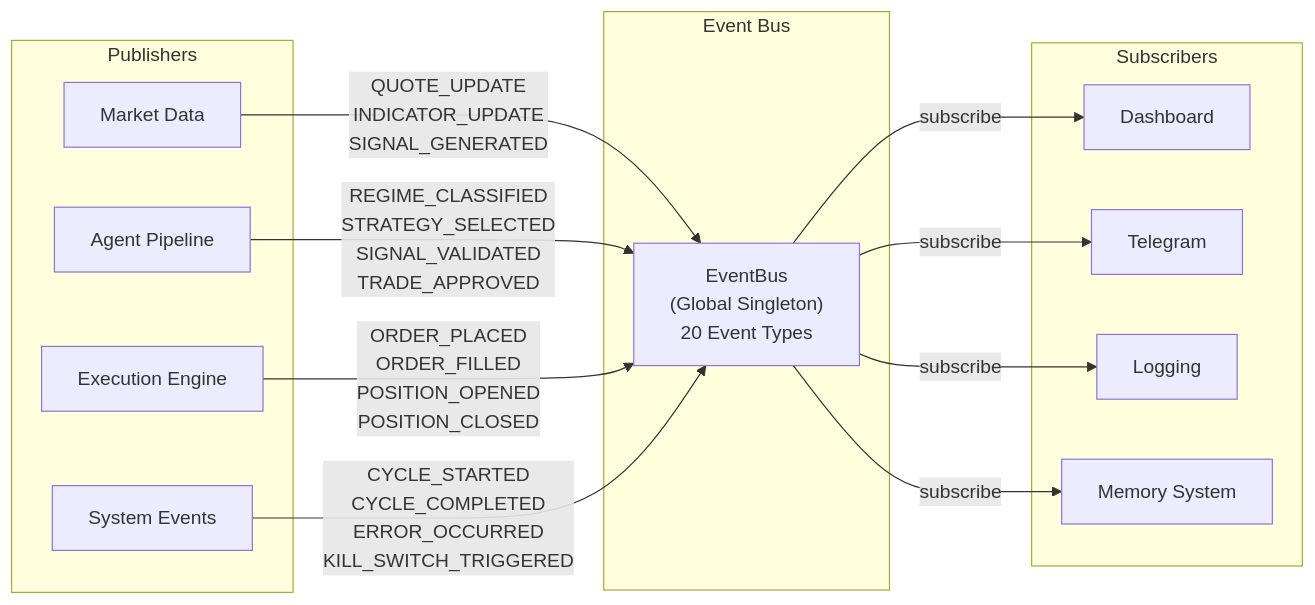
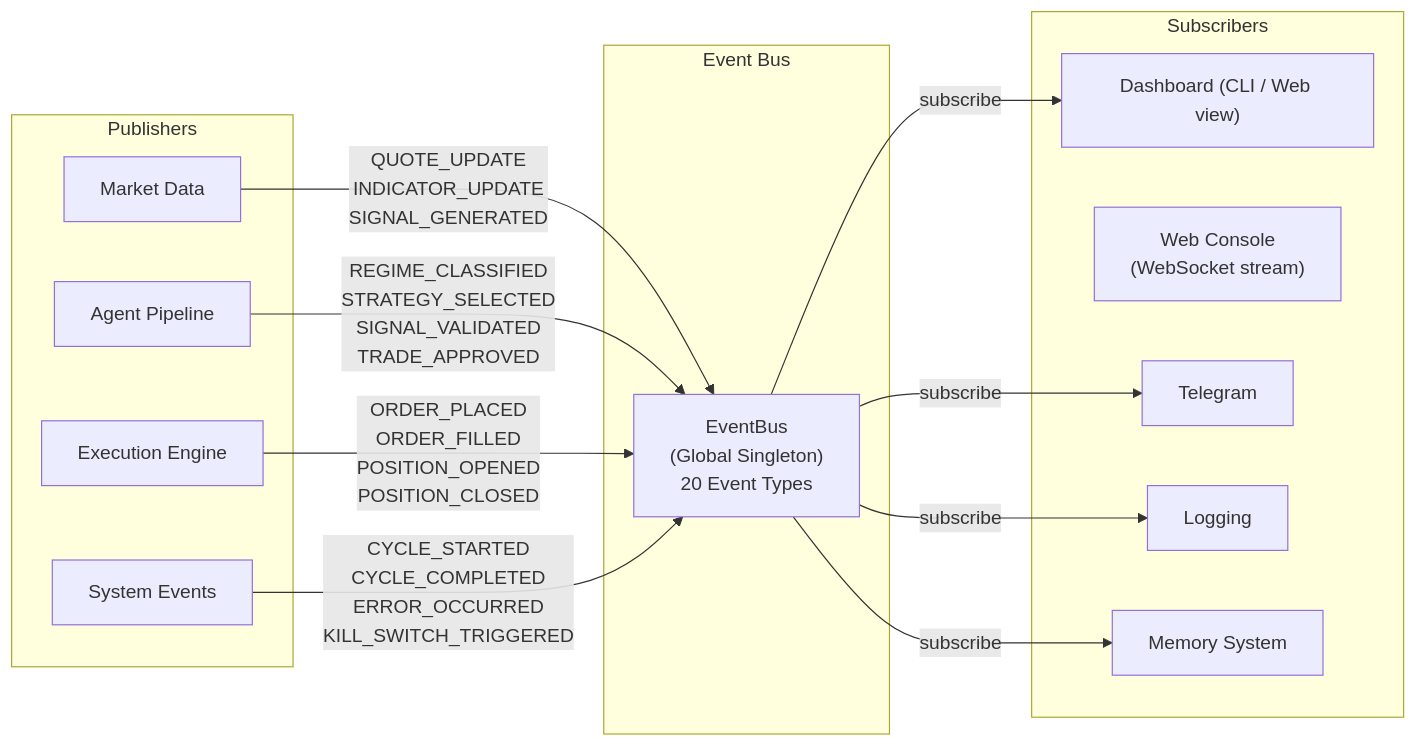
Before and after one commit to HimanshuMohanty-Git24/RakshaQuant: the sixth of 17 diagrams in docs/4_System_Design.md, drawn with Mermaid. The commit also changed other lines of this file and 4 other files, not shown here.

First line of the commit message:
docs: reflect dual-mode CLI/web across docs/ architecture guides

````diff
--- a/docs/4_System_Design.md
+++ b/docs/4_System_Design.md
@@ -231,30 +231,31 @@
 ```mermaid
 flowchart LR
     subgraph Publishers
         MKT["Market Data"]
         AGT["Agent Pipeline"]
         EXE["Execution Engine"]
         SYS["System Events"]
     end
 
     subgraph "Event Bus"
         EB["EventBus<br/>(Global Singleton)<br/>20 Event Types"]
     end
 
     subgraph Subscribers
-        DASH["Dashboard"]
+        DASH["Dashboard (CLI / Web view)"]
+        WS["Web Console<br/>(WebSocket stream)"]
         TG["Telegram"]
         LOG["Logging"]
         MEM["Memory System"]
     end
 
     MKT -->|"QUOTE_UPDATE<br/>INDICATOR_UPDATE<br/>SIGNAL_GENERATED"| EB
     AGT -->|"REGIME_CLASSIFIED<br/>STRATEGY_SELECTED<br/>SIGNAL_VALIDATED<br/>TRADE_APPROVED"| EB
     EXE -->|"ORDER_PLACED<br/>ORDER_FILLED<br/>POSITION_OPENED<br/>POSITION_CLOSED"| EB
     SYS -->|"CYCLE_STARTED<br/>CYCLE_COMPLETED<br/>ERROR_OCCURRED<br/>KILL_SWITCH_TRIGGERED"| EB
 
     EB -->|subscribe| DASH
     EB -->|subscribe| TG
     EB -->|subscribe| LOG
     EB -->|subscribe| MEM
 ```
````
